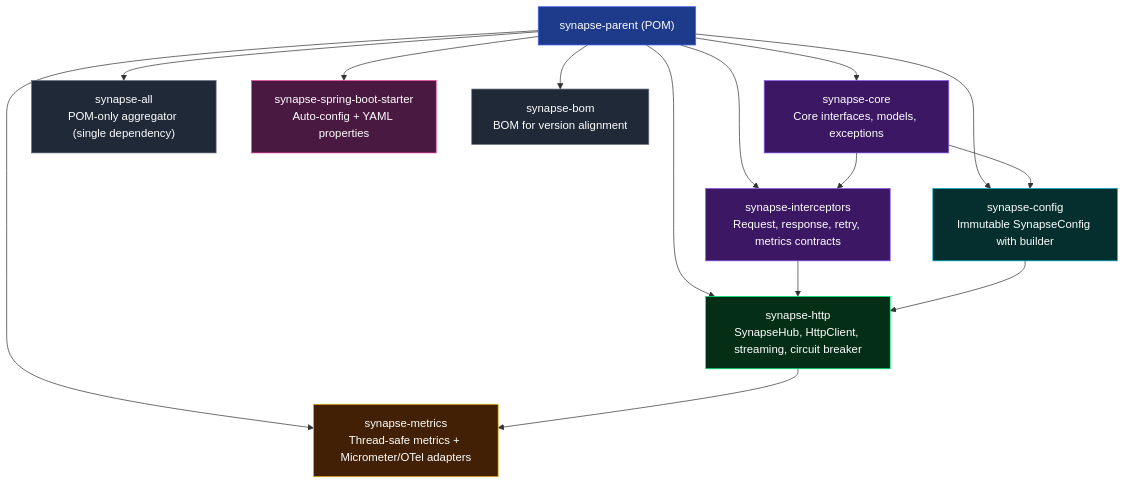
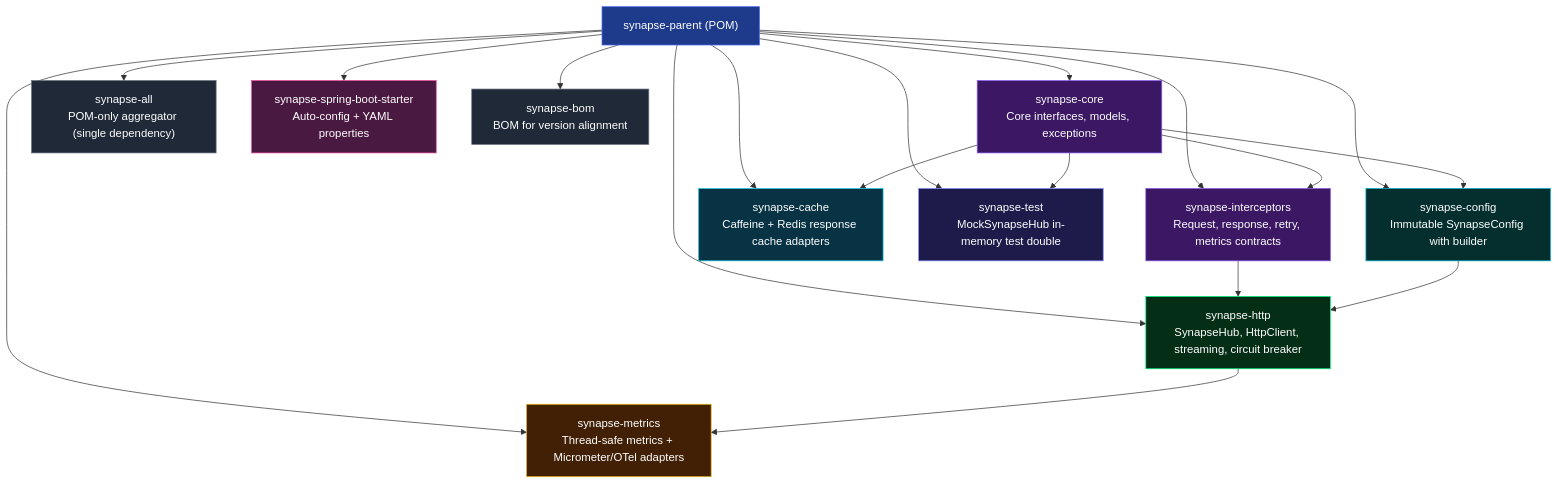
The third of 4 diagrams in README.md (Abhiramrathod/synapse), drawn with Mermaid before and after one commit. The commit also changed other lines of this file and 74 other files, not shown here.

Commit message:
feat: add Redis client provider interface and in-memory implementation for testing

````diff
--- a/README.md
+++ b/README.md
@@ -84,27 +89,33 @@
 ```mermaid
 graph TD
     P["synapse-parent (POM)"] --> A["synapse-core<br/>Core interfaces, models, exceptions"]
     P --> B["synapse-interceptors<br/>Request, response, retry, metrics contracts"]
     P --> C["synapse-config<br/>Immutable SynapseConfig with builder"]
     P --> D["synapse-http<br/>SynapseHub, HttpClient, streaming, circuit breaker"]
     P --> E["synapse-metrics<br/>Thread-safe metrics + Micrometer/OTel adapters"]
     P --> F["synapse-all<br/>POM-only aggregator (single dependency)"]
     P --> G["synapse-spring-boot-starter<br/>Auto-config + YAML properties"]
     P --> H["synapse-bom<br/>BOM for version alignment"]
+    P --> I["synapse-cache<br/>Caffeine + Redis response cache adapters"]
+    P --> J["synapse-test<br/>MockSynapseHub in-memory test double"]
 
     A --> B
     A --> C
     B --> D
     C --> D
     D --> E
+    A --> I
+    A --> J
 
     style P fill:#1e3a8a,stroke:#4c6ef5,color:#fff
     style A fill:#3b1764,stroke:#8b5cf6,color:#fff
     style B fill:#3b1764,stroke:#8b5cf6,color:#fff
     style C fill:#042f2e,stroke:#06b6d4,color:#fff
     style D fill:#052e16,stroke:#00ff88,color:#fff
     style E fill:#422006,stroke:#eab308,color:#fff
     style F fill:#1f2937,stroke:#6b7280,color:#fff
     style G fill:#4a1942,stroke:#ec4899,color:#fff
     style H fill:#1f2937,stroke:#6b7280,color:#fff
+    style I fill:#083344,stroke:#22d3ee,color:#fff
+    style J fill:#1e1b4b,stroke:#818cf8,color:#fff
 ```
````
